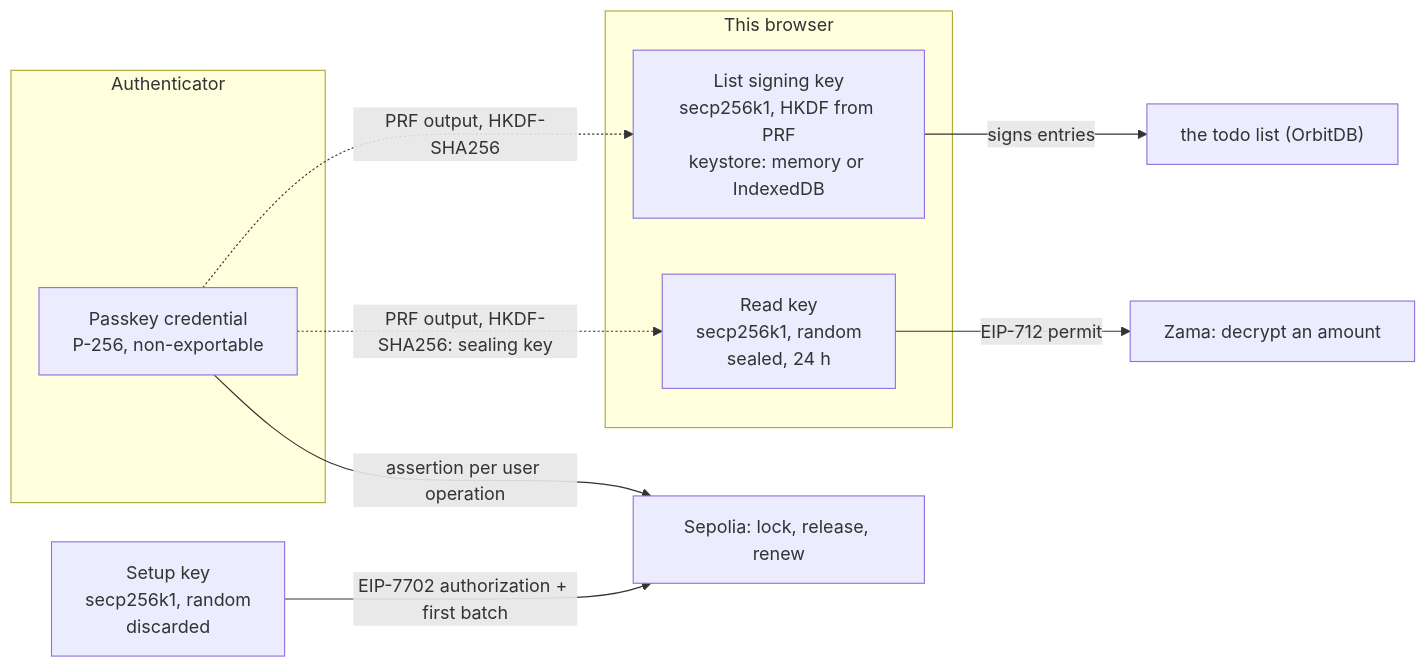
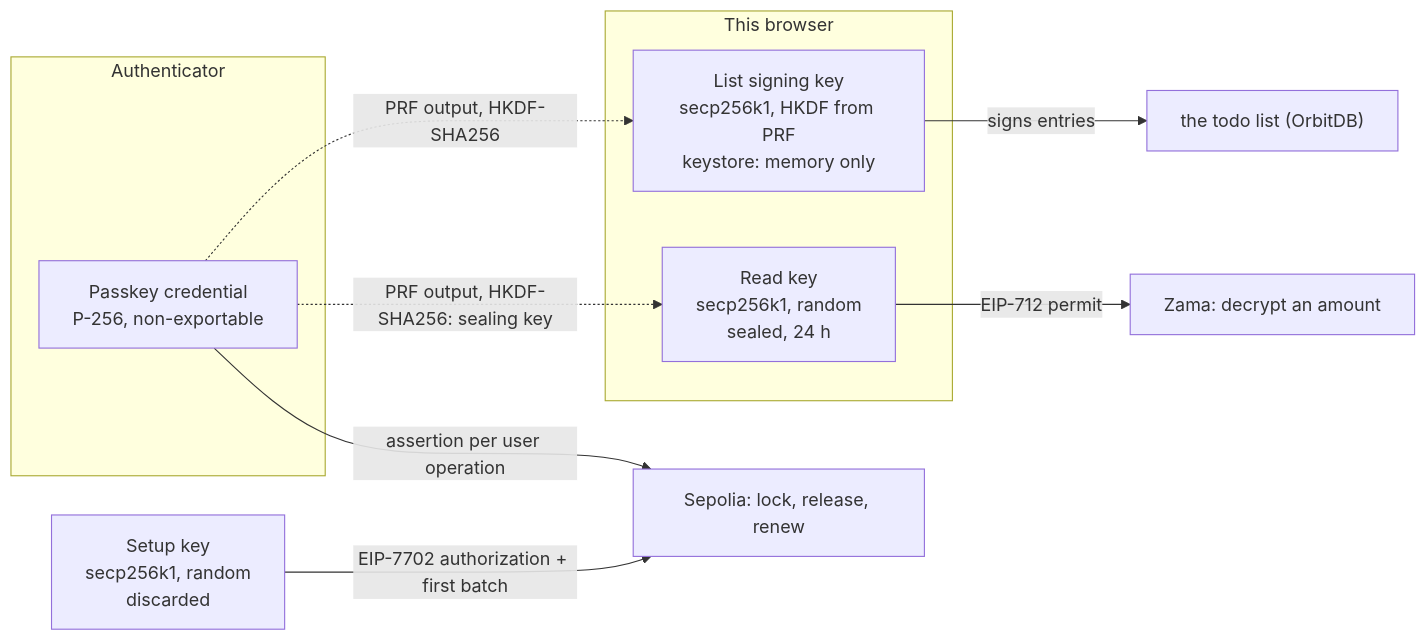
One commit to Le-Space/simple-todo changed the diagram in apps/escrow01/docs/keys.md. Above: the diagram before and after it, drawn with Mermaid. The commit also changed other lines of this file and 3 other files, not shown here.

Commit message:
wip(escrow01): the docs say the signing key is never stored (#127)

````diff
--- a/apps/escrow01/docs/keys.md
+++ b/apps/escrow01/docs/keys.md
@@ -50,17 +50,17 @@
 ```mermaid
 flowchart LR
   subgraph hw["Authenticator"]
     cred["Passkey credential<br/>P-256, non-exportable"]
   end
   subgraph browser["This browser"]
-    sign["List signing key<br/>secp256k1, HKDF from PRF<br/>keystore: memory or IndexedDB"]
+    sign["List signing key<br/>secp256k1, HKDF from PRF<br/>keystore: memory only"]
     read["Read key<br/>secp256k1, random<br/>sealed, 24 h"]
   end
   setup["Setup key<br/>secp256k1, random<br/>discarded"]
   cred -->|"assertion per user operation"| chain["Sepolia: lock, release, renew"]
   cred -.->|"PRF output, HKDF-SHA256"| sign
   sign -->|"signs entries"| list["the todo list (OrbitDB)"]
   setup -->|"EIP-7702 authorization + first batch"| chain
   cred -.->|"PRF output, HKDF-SHA256: sealing key"| read
   read -->|"EIP-712 permit"| zama["Zama: decrypt an amount"]
 ```
````
